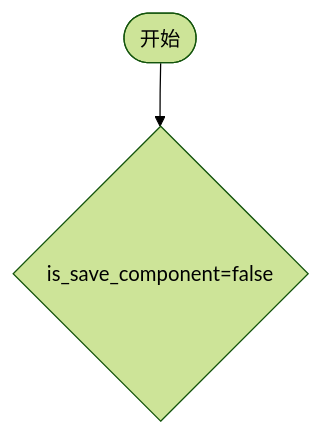
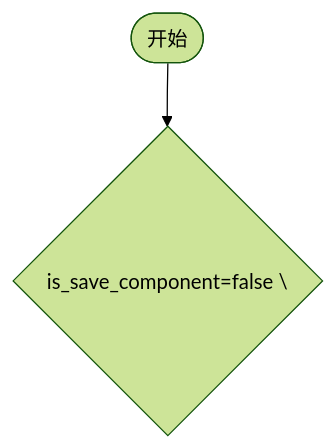
The diagram in all/未命名-7.md (yingjianzh/iodraw-files), drawn with Mermaid (forest theme) before and after one commit.

Commit message:
2024-10-12 13:48:18 update

````diff
--- a/all/未命名-7.md
+++ b/all/未命名-7.md
@@ -1,6 +1,6 @@
 ```mermaid
 flowchart TD
-    A([开始]) --> B{is_save_component=false}
+    A([开始]) --> B{is_save_component=false \}
     
 
 ```
````
